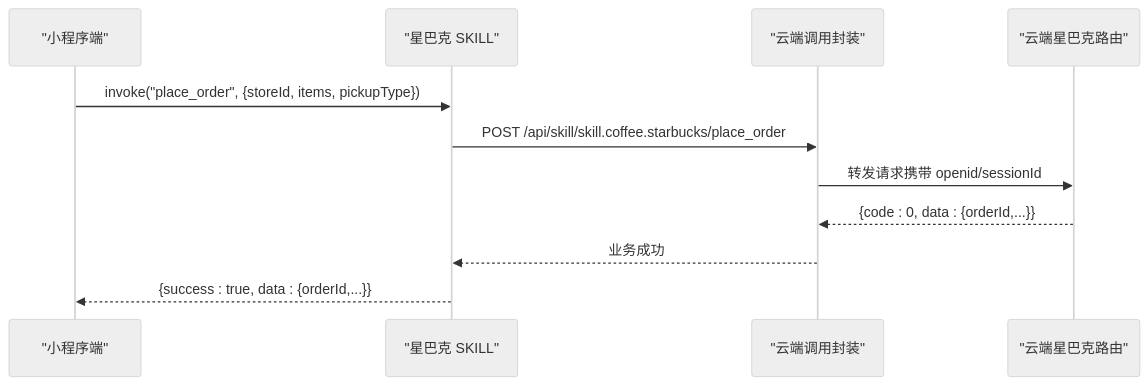
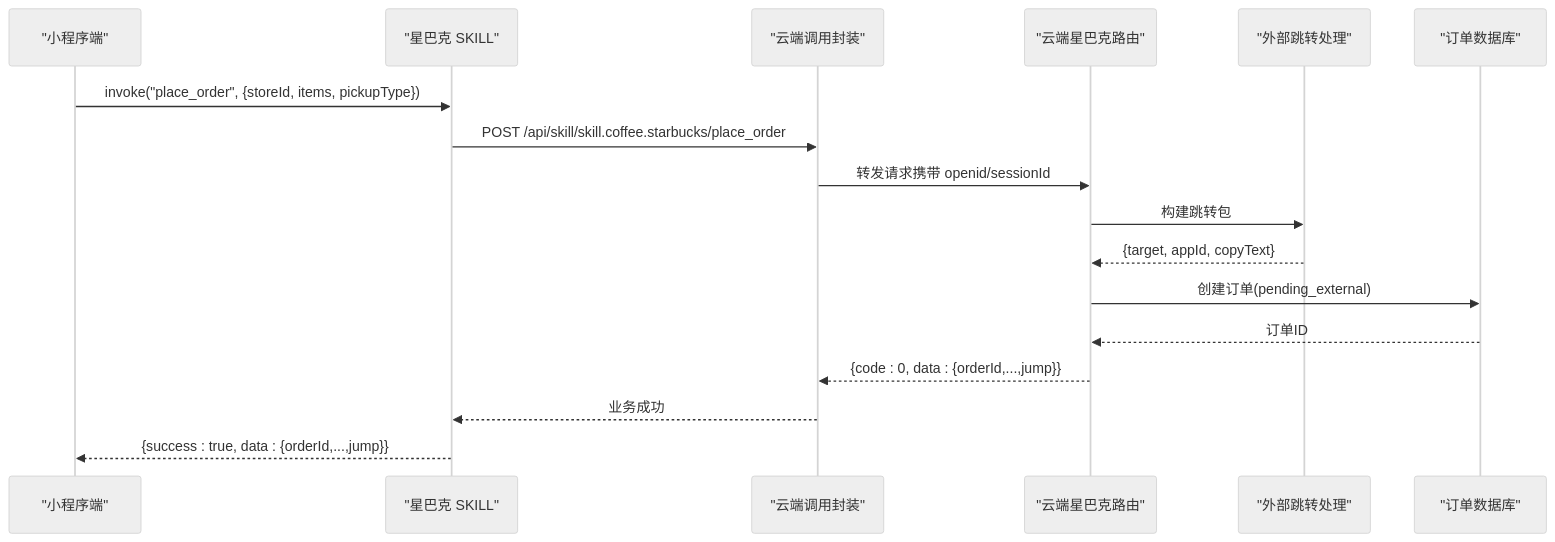
Before and after one commit to Ichi-Hackton/WAIC-WeChat-MiniProgram: the eighth of 10 diagrams in .qoder/repowiki/zh/content/云端服务/SKILL服务端点/星巴克咖啡SKILL.md, drawn with Mermaid (neutral theme). The commit also changed other lines of this file and 26 other files, not shown here.

````diff
--- a/.qoder/repowiki/zh/content/云端服务/SKILL服务端点/星巴克咖啡SKILL.md
+++ b/.qoder/repowiki/zh/content/云端服务/SKILL服务端点/星巴克咖啡SKILL.md
@@ -344,13 +413,19 @@
 ```mermaid
 sequenceDiagram
 participant Client as "小程序端"
 participant Skill as "星巴克 SKILL"
 participant Cloud as "云端调用封装"
 participant Server as "云端星巴克路由"
+participant External as "外部跳转处理"
+participant DB as "订单数据库"
 Client->>Skill : invoke("place_order", {storeId, items, pickupType})
 Skill->>Cloud : POST /api/skill/skill.coffee.starbucks/place_order
 Cloud->>Server : 转发请求携带 openid/sessionId
-Server-->>Cloud : {code : 0, data : {orderId,...}}
+Server->>External : 构建跳转包
+External-->>Server : {target, appId, copyText}
+Server->>DB : 创建订单(pending_external)
+DB-->>Server : 订单ID
+Server-->>Cloud : {code : 0, data : {orderId,...,jump}}
 Cloud-->>Skill : 业务成功
-Skill-->>Client : {success : true, data : {orderId,...}}
+Skill-->>Client : {success : true, data : {orderId,...,jump}}
 ```
````
